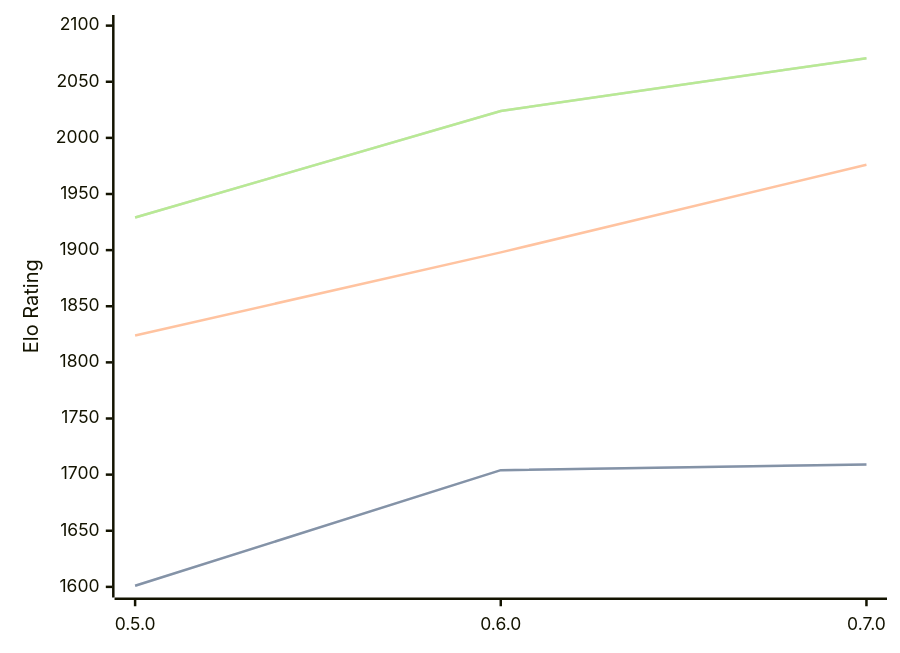
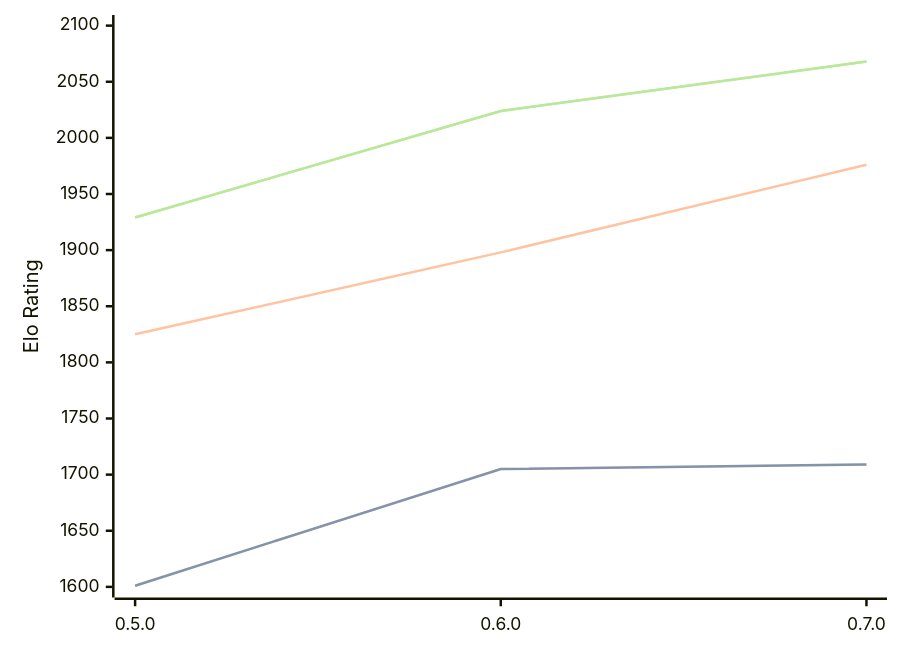
The diagram in engines/Chess-rs.md (computer-chess-index/cci), drawn with Mermaid before and after one commit. The commit also changed other lines of this file, not shown here.

Commit message:
Update CCI Ratings (ELO VLTC) - 2026-02-15

````diff
--- a/engines/Chess-rs.md
+++ b/engines/Chess-rs.md
@@ -38,11 +38,11 @@
 ```mermaid
 %%{init: {"theme":"base","themeVariables":{"seriesColors:['#a3a3a3','#222221','#faa371']}}}%%
 xychart-beta
   x-axis ["0.5.0", "0.6.0", "0.7.0"]
   y-axis "Elo Rating" 1600 --> 2100
-  line "STC (8.0+0.08s)" [1601, 1704, 1709]
-  line "STC (8.0+0.08s)" [1601, 1704, 1709]
-  line "LTC (60.0+0.60s)" [1824, 1898, 1976]
-  line "VLTC (2m24s+1.12s)" [1929, 2024, 2071]
-  line "VLTC (2m24s+1.12s)" [1929, 2024, 2071]
+  line "STC (8.0+0.08s)" [1601, 1705, 1709]
+  line "STC (8.0+0.08s)" [1601, 1705, 1709]
+  line "LTC (60.0+0.60s)" [1825, 1898, 1976]
+  line "VLTC (2m24s+1.12s)" [1929, 2024, 2068]
+  line "VLTC (2m24s+1.12s)" [1929, 2024, 2068]
 ```
````
